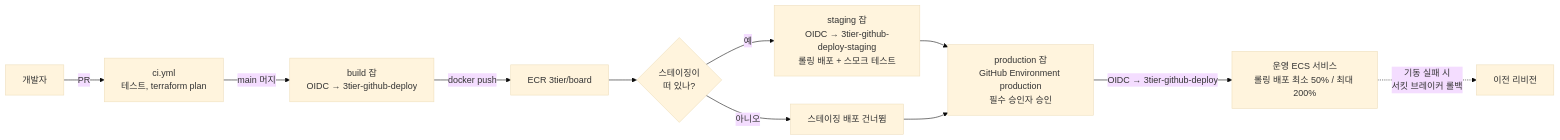
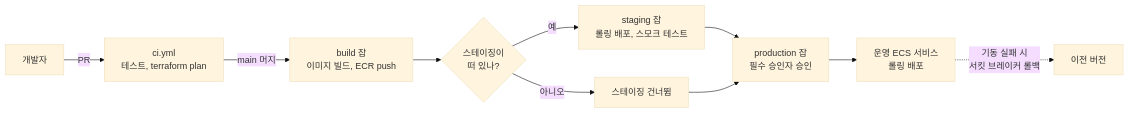
The third of 3 diagrams in docs/architecture.md (DDongHyun00/3-tier-terraform-ecs), drawn with Mermaid (base theme) before and after one commit. The commit also changed other lines of this file and 25 other files, not shown here.

````diff
--- a/docs/architecture.md
+++ b/docs/architecture.md
@@ -85,13 +83,12 @@
 ```mermaid
 flowchart LR
     DEV[개발자] -->|PR| CI[ci.yml<br/>테스트, terraform plan]
-    CI -->|main 머지| B[build 잡<br/>OIDC → 3tier-github-deploy]
-    B -->|docker push| ECR[ECR 3tier/board]
-    ECR --> S{스테이징이<br/>떠 있나?}
-    S -->|예| SD[staging 잡<br/>OIDC → 3tier-github-deploy-staging<br/>롤링 배포 + 스모크 테스트]
-    S -->|아니오| SKIP[스테이징 배포 건너뜀]
-    SD --> AP[production 잡<br/>GitHub Environment production<br/>필수 승인자 승인]
+    CI -->|main 머지| B[build 잡<br/>이미지 빌드, ECR push]
+    B --> S{스테이징이<br/>떠 있나?}
+    S -->|예| SD[staging 잡<br/>롤링 배포, 스모크 테스트]
+    S -->|아니오| SKIP[스테이징 건너뜀]
+    SD --> AP[production 잡<br/>필수 승인자 승인]
     SKIP --> AP
-    AP -->|OIDC → 3tier-github-deploy| ECS[운영 ECS 서비스<br/>롤링 배포 최소 50% / 최대 200%]
-    ECS -.->|기동 실패 시<br/>서킷 브레이커 롤백| OLD[이전 리비전]
+    AP --> ECS[운영 ECS 서비스<br/>롤링 배포]
+    ECS -.->|기동 실패 시<br/>서킷 브레이커 롤백| OLD[이전 버전]
 ```
````
